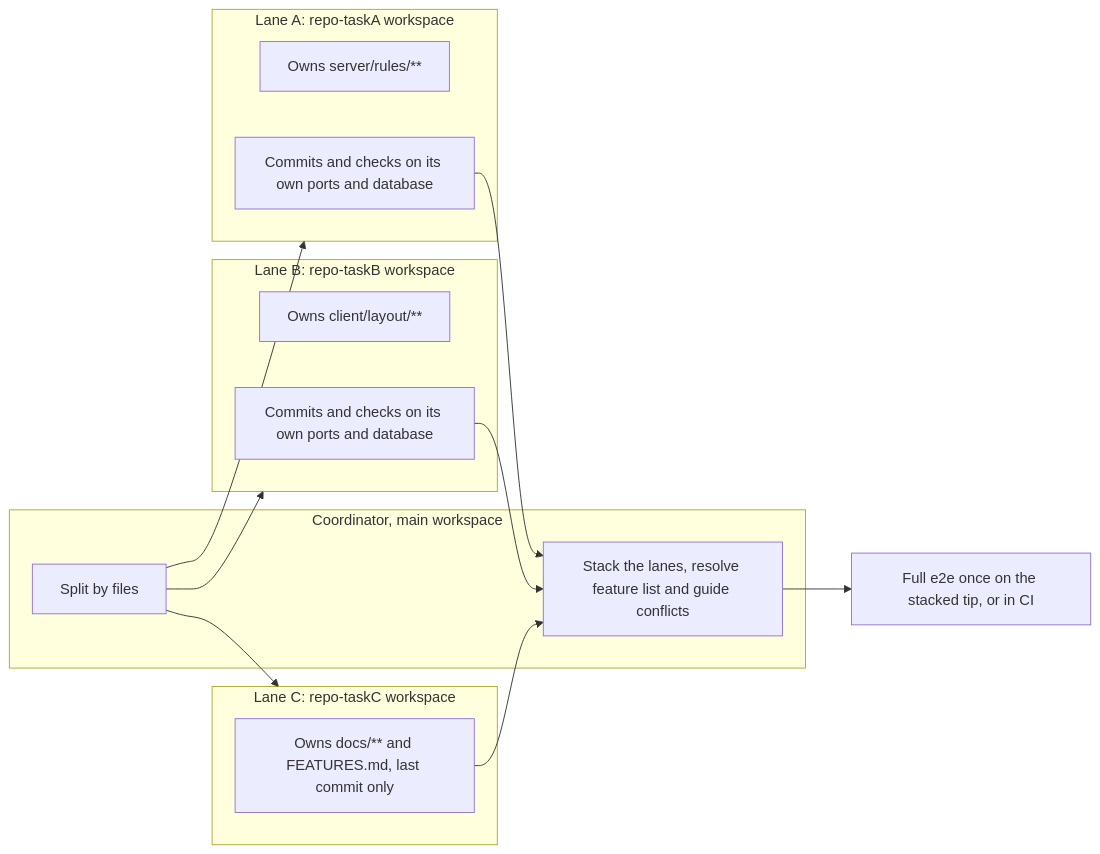
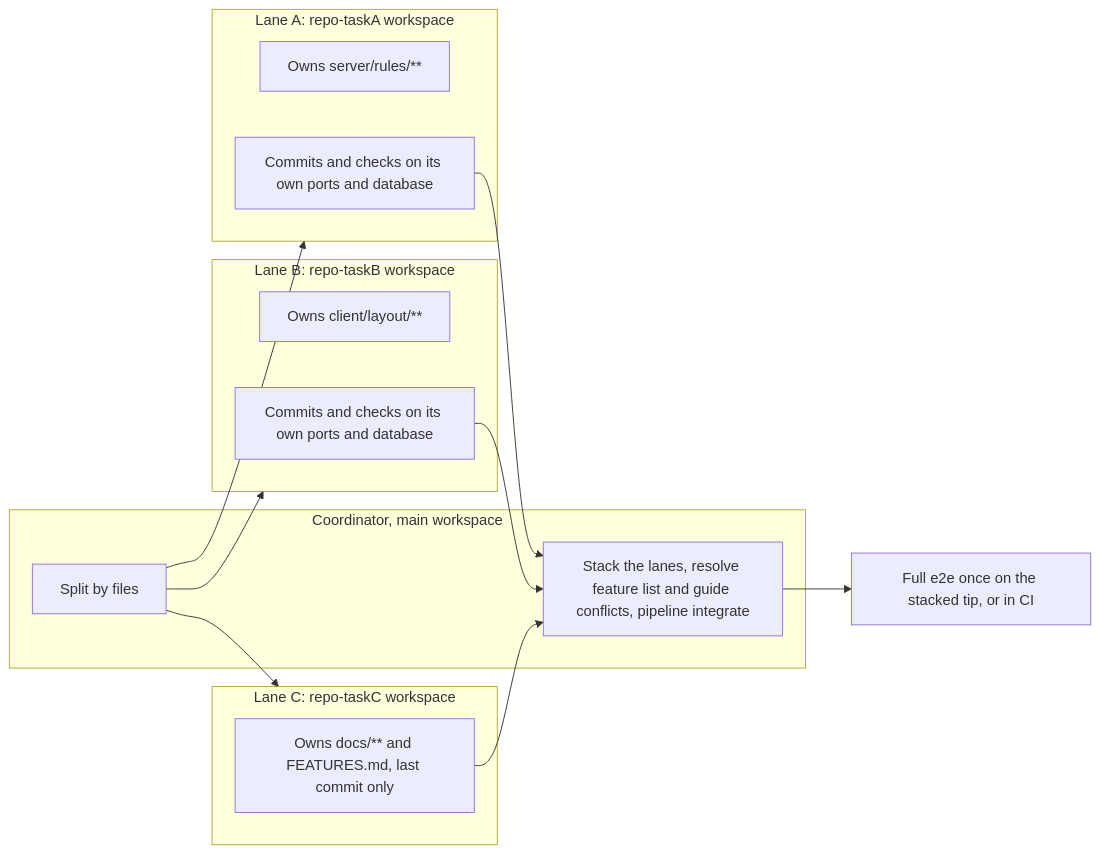
Before and after one commit to jwhitlow45/agent-pipeline: the eighth of 12 diagrams in docs/diagrams.md, drawn with Mermaid. The commit also changed other lines of this file and 6 other files, not shown here.

````diff
--- a/docs/diagrams.md
+++ b/docs/diagrams.md
@@ -131,25 +135,25 @@
 ```mermaid
 flowchart LR
     subgraph coordinator["Coordinator, main workspace"]
         plan["Split by files"]
-        stack["Stack the lanes, resolve feature list and guide conflicts"]
+        stack["Stack the lanes, resolve feature list and guide conflicts, pipeline integrate"]
     end
     subgraph laneA["Lane A: repo-taskA workspace"]
         a1["Owns server/rules/**"]
         a2["Commits and checks on its own ports and database"]
     end
     subgraph laneB["Lane B: repo-taskB workspace"]
         b1["Owns client/layout/**"]
         b2["Commits and checks on its own ports and database"]
     end
     subgraph laneC["Lane C: repo-taskC workspace"]
         c1["Owns docs/** and FEATURES.md, last commit only"]
     end
     plan --> laneA
     plan --> laneB
     plan --> laneC
     a2 --> stack
     b2 --> stack
     c1 --> stack
     stack --> full["Full e2e once on the stacked tip, or in CI"]
 ```
````
